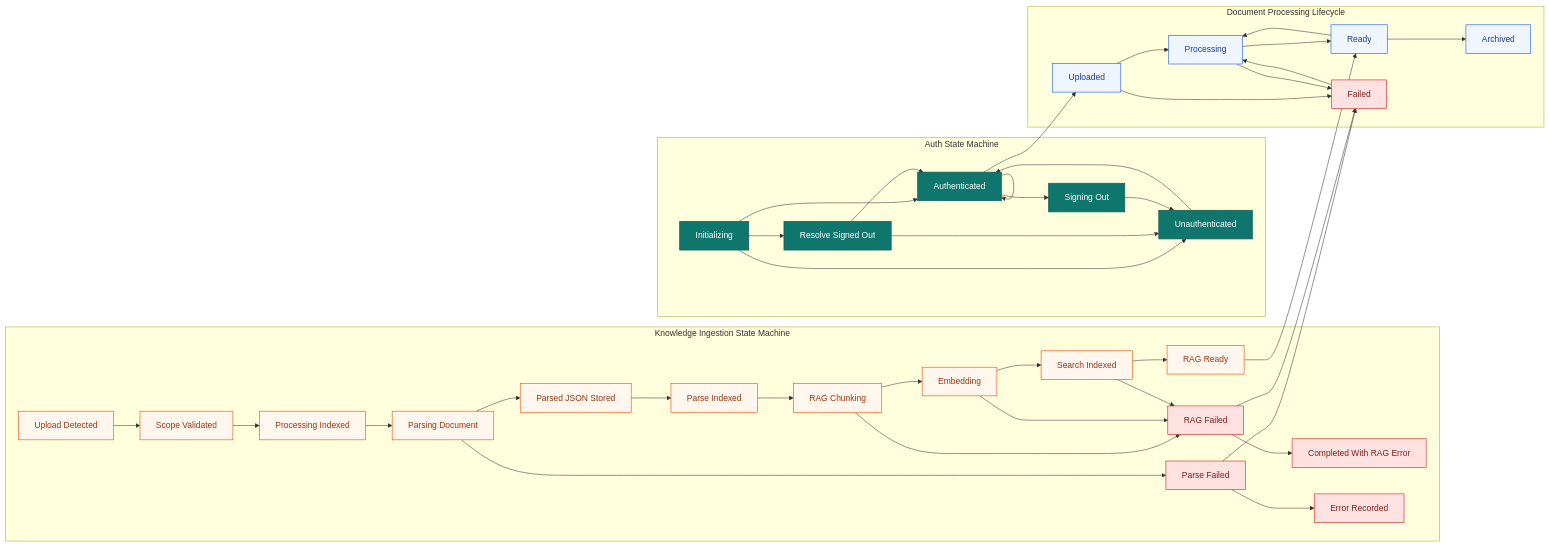
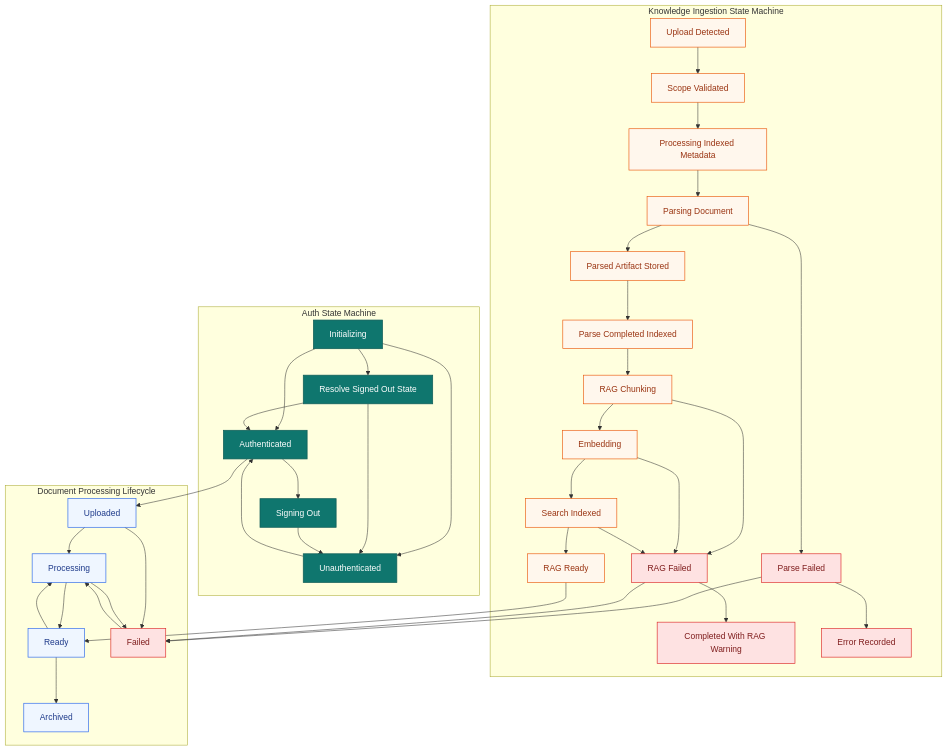
Before and after one commit to 122sp7/xuanwu-app: the diagram in docs/diagrams/state-machine.mermaid, drawn with Mermaid. The commit also changed 2 other files, not shown here.

```diff
--- a/docs/diagrams/state-machine.mermaid
+++ b/docs/diagrams/state-machine.mermaid
@@ -1,68 +1,67 @@
 %% Xuanwu consolidated state machine (merged)
 %% Merged sources: state-machine + auth-state-machine + kb-ingestion-pipeline-state-machine
 
-flowchart LR
+flowchart TB
     subgraph AuthStateMachine[Auth State Machine]
         A0[Initializing]
-        A1[Resolve Signed Out]
+        A1[Resolve Signed Out State]
         A2[Authenticated]
         A3[Signing Out]
         A4[Unauthenticated]
         A0 --> A2
         A0 --> A1
         A0 --> A4
         A1 --> A2
         A1 --> A4
         A2 --> A3 --> A4
         A4 --> A2
-        A2 --> A2
     end
 
     subgraph IngestionStateMachine[Knowledge Ingestion State Machine]
         I0[Upload Detected]
         I1[Scope Validated]
-        I2[Processing Indexed]
+        I2[Processing Indexed Metadata]
         I3[Parsing Document]
-        I4[Parsed JSON Stored]
-        I5[Parse Indexed]
+        I4[Parsed Artifact Stored]
+        I5[Parse Completed Indexed]
         I6[RAG Chunking]
         I7[Embedding]
         I8[Search Indexed]
         I9[RAG Ready]
         IE1[Parse Failed]
         IE2[RAG Failed]
-        IE3[Completed With RAG Error]
+        IE3[Completed With RAG Warning]
         IE4[Error Recorded]
         I0 --> I1 --> I2 --> I3 --> I4 --> I5 --> I6 --> I7 --> I8 --> I9
         I3 --> IE1 --> IE4
         I6 --> IE2 --> IE3
         I7 --> IE2
         I8 --> IE2
     end
 
     subgraph DocumentLifecycle[Document Processing Lifecycle]
         D0[Uploaded]
         D1[Processing]
         D2[Ready]
         D3[Failed]
         D4[Archived]
         D0 --> D1 --> D2 --> D4
         D0 --> D3 --> D1
         D1 --> D3
         D2 --> D1
     end
 
     A2 --> D0
     I9 --> D2
     IE1 --> D3
     IE2 --> D3
 
     classDef auth fill:#0f766e,stroke:#115e59,color:#ffffff,stroke-width:1.4px;
     classDef ingest fill:#fff7ed,stroke:#ea580c,color:#9a3412,stroke-width:1.2px;
     classDef lifecycle fill:#eff6ff,stroke:#2563eb,color:#1e3a8a,stroke-width:1.2px;
     classDef error fill:#fee2e2,stroke:#dc2626,color:#7f1d1d,stroke-width:1.2px;
 
     class A0,A1,A2,A3,A4 auth;
     class I0,I1,I2,I3,I4,I5,I6,I7,I8,I9 ingest;
     class D0,D1,D2,D3,D4 lifecycle;
     class IE1,IE2,IE3,IE4,D3 error;
```
